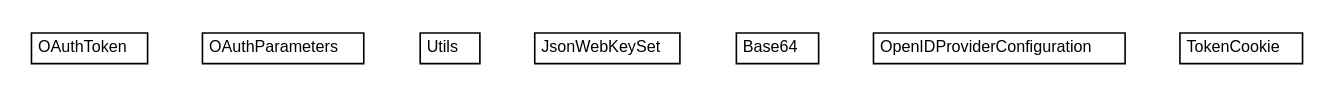
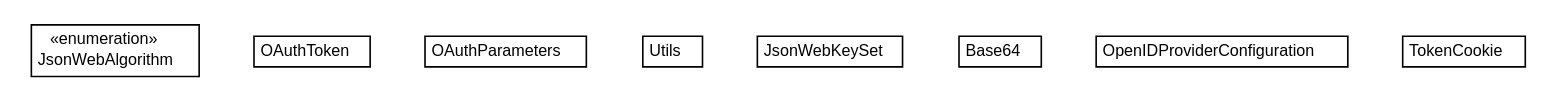
One commit to trajano/server-auth-modules changed the diagram in apidocs/net/trajano/auth/internal/net.trajano.auth.internal.dot. Above: the diagram before and after it, drawn with Graphviz. The commit also changed 182 other files, not shown here.

```diff
--- a/apidocs/net/trajano/auth/internal/net.trajano.auth.internal.dot
+++ b/apidocs/net/trajano/auth/internal/net.trajano.auth.internal.dot
@@ -1,54 +1,61 @@
 #!/usr/local/bin/dot
 #
 # Class diagram 
 # Generated by UMLGraph version R5_6-24-gf6e263 (http://www.umlgraph.org/)
 #
 
 digraph G {
 	edge [fontname="Helvetica",fontsize=10,labelfontname="Helvetica",labelfontsize=10];
 	node [fontname="Helvetica",fontsize=10,shape=plaintext];
 	nodesep=0.25;
 	ranksep=0.5;
+	// net.trajano.auth.internal.JsonWebAlgorithm
+	c16 [label=<<table title="net.trajano.auth.internal.JsonWebAlgorithm" border="0" cellborder="1" cellspacing="0" cellpadding="2" port="p" href="./JsonWebAlgorithm.html">
+		<tr><td><table border="0" cellspacing="0" cellpadding="1">
+<tr><td align="center" balign="center"> &#171;enumeration&#187; </td></tr>
+<tr><td align="center" balign="center"> JsonWebAlgorithm </td></tr>
+		</table></td></tr>
+		</table>>, URL="./JsonWebAlgorithm.html", fontname="Helvetica", fontcolor="black", fontsize=10.0];
 	// net.trajano.auth.internal.OAuthToken
-	c15 [label=<<table title="net.trajano.auth.internal.OAuthToken" border="0" cellborder="1" cellspacing="0" cellpadding="2" port="p" href="./OAuthToken.html">
+	c17 [label=<<table title="net.trajano.auth.internal.OAuthToken" border="0" cellborder="1" cellspacing="0" cellpadding="2" port="p" href="./OAuthToken.html">
 		<tr><td><table border="0" cellspacing="0" cellpadding="1">
 <tr><td align="center" balign="center"> OAuthToken </td></tr>
 		</table></td></tr>
 		</table>>, URL="./OAuthToken.html", fontname="Helvetica", fontcolor="black", fontsize=10.0];
 	// net.trajano.auth.internal.OAuthParameters
-	c16 [label=<<table title="net.trajano.auth.internal.OAuthParameters" border="0" cellborder="1" cellspacing="0" cellpadding="2" port="p" href="./OAuthParameters.html">
+	c18 [label=<<table title="net.trajano.auth.internal.OAuthParameters" border="0" cellborder="1" cellspacing="0" cellpadding="2" port="p" href="./OAuthParameters.html">
 		<tr><td><table border="0" cellspacing="0" cellpadding="1">
 <tr><td align="center" balign="center"> OAuthParameters </td></tr>
 		</table></td></tr>
 		</table>>, URL="./OAuthParameters.html", fontname="Helvetica", fontcolor="black", fontsize=10.0];
 	// net.trajano.auth.internal.Utils
-	c17 [label=<<table title="net.trajano.auth.internal.Utils" border="0" cellborder="1" cellspacing="0" cellpadding="2" port="p" href="./Utils.html">
+	c19 [label=<<table title="net.trajano.auth.internal.Utils" border="0" cellborder="1" cellspacing="0" cellpadding="2" port="p" href="./Utils.html">
 		<tr><td><table border="0" cellspacing="0" cellpadding="1">
 <tr><td align="center" balign="center"> Utils </td></tr>
 		</table></td></tr>
 		</table>>, URL="./Utils.html", fontname="Helvetica", fontcolor="black", fontsize=10.0];
 	// net.trajano.auth.internal.JsonWebKeySet
-	c18 [label=<<table title="net.trajano.auth.internal.JsonWebKeySet" border="0" cellborder="1" cellspacing="0" cellpadding="2" port="p" href="./JsonWebKeySet.html">
+	c20 [label=<<table title="net.trajano.auth.internal.JsonWebKeySet" border="0" cellborder="1" cellspacing="0" cellpadding="2" port="p" href="./JsonWebKeySet.html">
 		<tr><td><table border="0" cellspacing="0" cellpadding="1">
 <tr><td align="center" balign="center"> JsonWebKeySet </td></tr>
 		</table></td></tr>
 		</table>>, URL="./JsonWebKeySet.html", fontname="Helvetica", fontcolor="black", fontsize=10.0];
 	// net.trajano.auth.internal.Base64
-	c19 [label=<<table title="net.trajano.auth.internal.Base64" border="0" cellborder="1" cellspacing="0" cellpadding="2" port="p" href="./Base64.html">
+	c21 [label=<<table title="net.trajano.auth.internal.Base64" border="0" cellborder="1" cellspacing="0" cellpadding="2" port="p" href="./Base64.html">
 		<tr><td><table border="0" cellspacing="0" cellpadding="1">
 <tr><td align="center" balign="center"> Base64 </td></tr>
 		</table></td></tr>
 		</table>>, URL="./Base64.html", fontname="Helvetica", fontcolor="black", fontsize=10.0];
 	// net.trajano.auth.internal.OpenIDProviderConfiguration
-	c20 [label=<<table title="net.trajano.auth.internal.OpenIDProviderConfiguration" border="0" cellborder="1" cellspacing="0" cellpadding="2" port="p" href="./OpenIDProviderConfiguration.html">
+	c22 [label=<<table title="net.trajano.auth.internal.OpenIDProviderConfiguration" border="0" cellborder="1" cellspacing="0" cellpadding="2" port="p" href="./OpenIDProviderConfiguration.html">
 		<tr><td><table border="0" cellspacing="0" cellpadding="1">
 <tr><td align="center" balign="center"> OpenIDProviderConfiguration </td></tr>
 		</table></td></tr>
 		</table>>, URL="./OpenIDProviderConfiguration.html", fontname="Helvetica", fontcolor="black", fontsize=10.0];
 	// net.trajano.auth.internal.TokenCookie
-	c21 [label=<<table title="net.trajano.auth.internal.TokenCookie" border="0" cellborder="1" cellspacing="0" cellpadding="2" port="p" href="./TokenCookie.html">
+	c23 [label=<<table title="net.trajano.auth.internal.TokenCookie" border="0" cellborder="1" cellspacing="0" cellpadding="2" port="p" href="./TokenCookie.html">
 		<tr><td><table border="0" cellspacing="0" cellpadding="1">
 <tr><td align="center" balign="center"> TokenCookie </td></tr>
 		</table></td></tr>
 		</table>>, URL="./TokenCookie.html", fontname="Helvetica", fontcolor="black", fontsize=10.0];
 }
```
